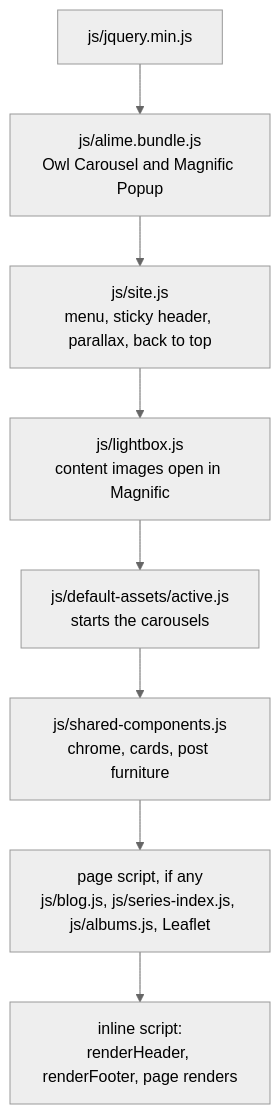
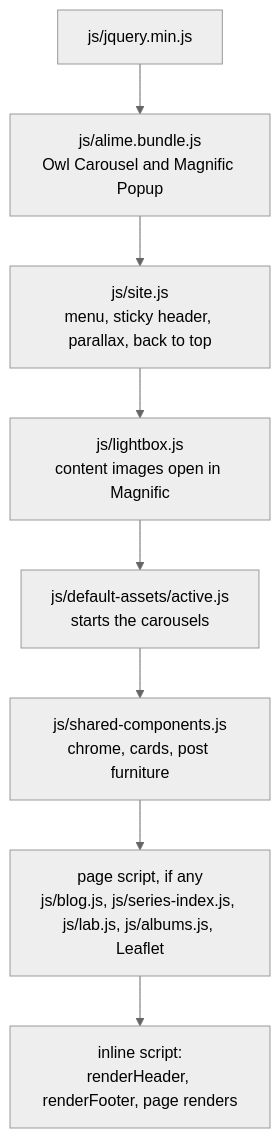
Before and after one commit to DrKenReid/DrKenReid.github.io: the first of 4 diagrams in .github/docs/ARCHITECTURE.md, drawn with Mermaid (neutral theme). The commit also changed other lines of this file and 1326 other files, not shown here.

````diff
--- a/.github/docs/ARCHITECTURE.md
+++ b/.github/docs/ARCHITECTURE.md
@@ -52,10 +52,10 @@
 ```mermaid
 flowchart TD
     A["js/jquery.min.js"] --> B["js/alime.bundle.js<br/>Owl Carousel and Magnific Popup"]
     B --> C["js/site.js<br/>menu, sticky header, parallax, back to top"]
     C --> D["js/lightbox.js<br/>content images open in Magnific"]
     D --> E["js/default-assets/active.js<br/>starts the carousels"]
     E --> F["js/shared-components.js<br/>chrome, cards, post furniture"]
-    F --> H["page script, if any<br/>js/blog.js, js/series-index.js, js/albums.js, Leaflet"]
+    F --> H["page script, if any<br/>js/blog.js, js/series-index.js, js/lab.js, js/albums.js, Leaflet"]
     H --> G["inline script:<br/>renderHeader, renderFooter, page renders"]
 ```
````
